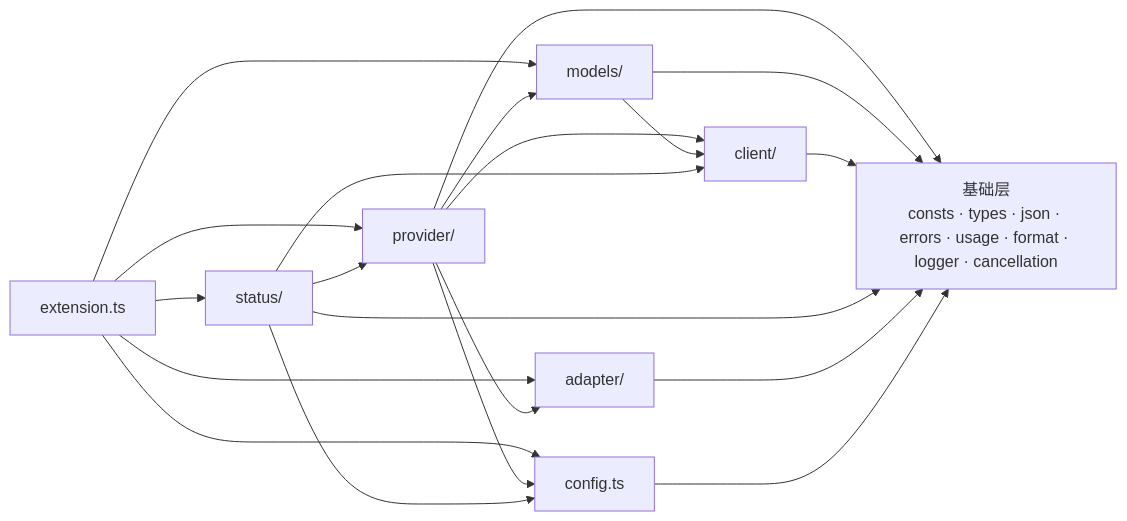
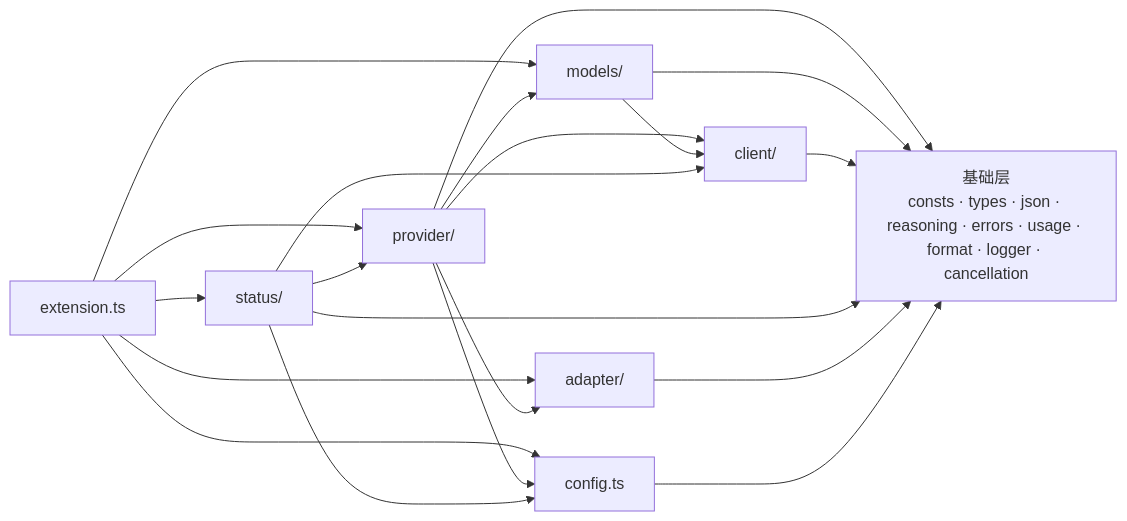
The fifth of 5 diagrams in docs/ARCHITECTURE.md (zephyraluco/newapi-copilot-chat), drawn with Mermaid before and after one commit. The commit also changed other lines of this file and 16 other files, not shown here.

````diff
--- a/docs/ARCHITECTURE.md
+++ b/docs/ARCHITECTURE.md
@@ -262,31 +260,31 @@
 ```mermaid
 flowchart LR
     ext["extension.ts"]
     provider["provider/"]
     models["models/"]
     client["client/"]
     adapter["adapter/"]
     status["status/"]
     config["config.ts"]
-    base["基础层<br/>consts · types · json · errors · usage · format · logger · cancellation"]
+    base["基础层<br/>consts · types · json · reasoning · errors · usage · format · logger · cancellation"]
 
     ext --> provider
     ext --> status
     ext --> adapter
     ext --> config
     ext --> models
     provider --> models
     provider --> client
     provider --> adapter
     provider --> config
     models --> client
     status --> client
     status --> provider
     status --> config
     provider --> base
     models --> base
     client --> base
     status --> base
     adapter --> base
     config --> base
 ```
````
